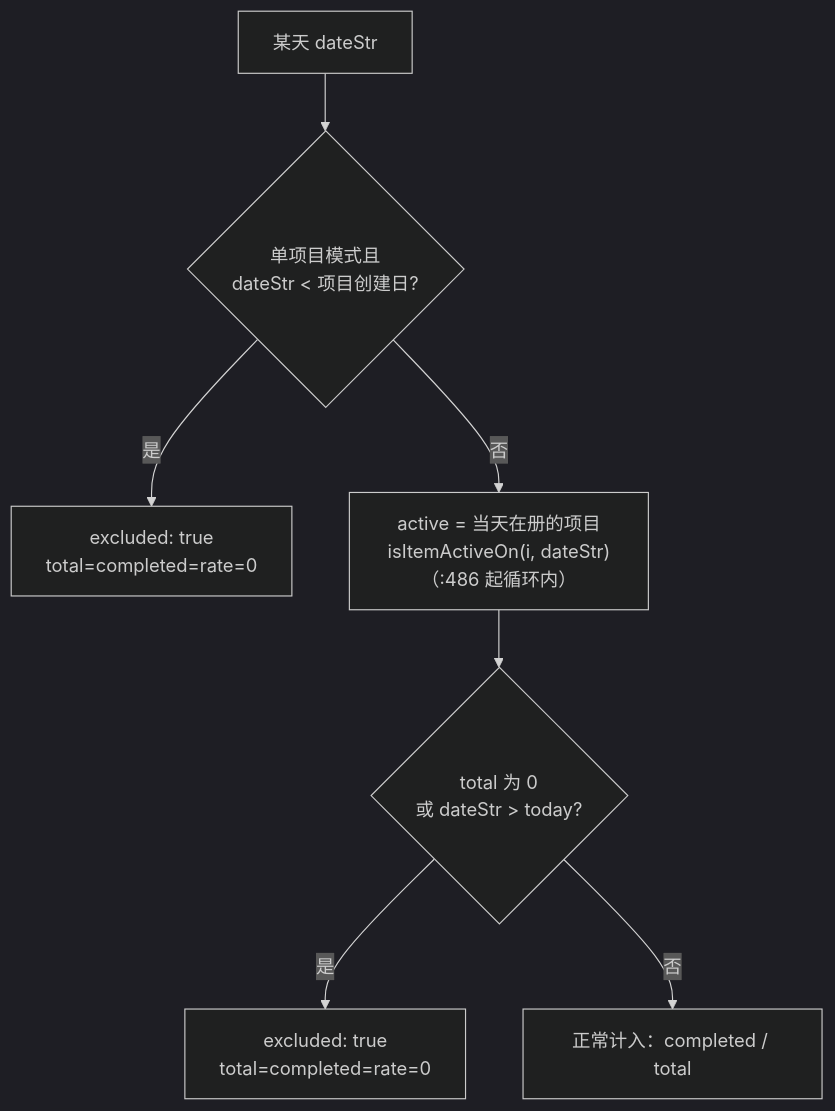
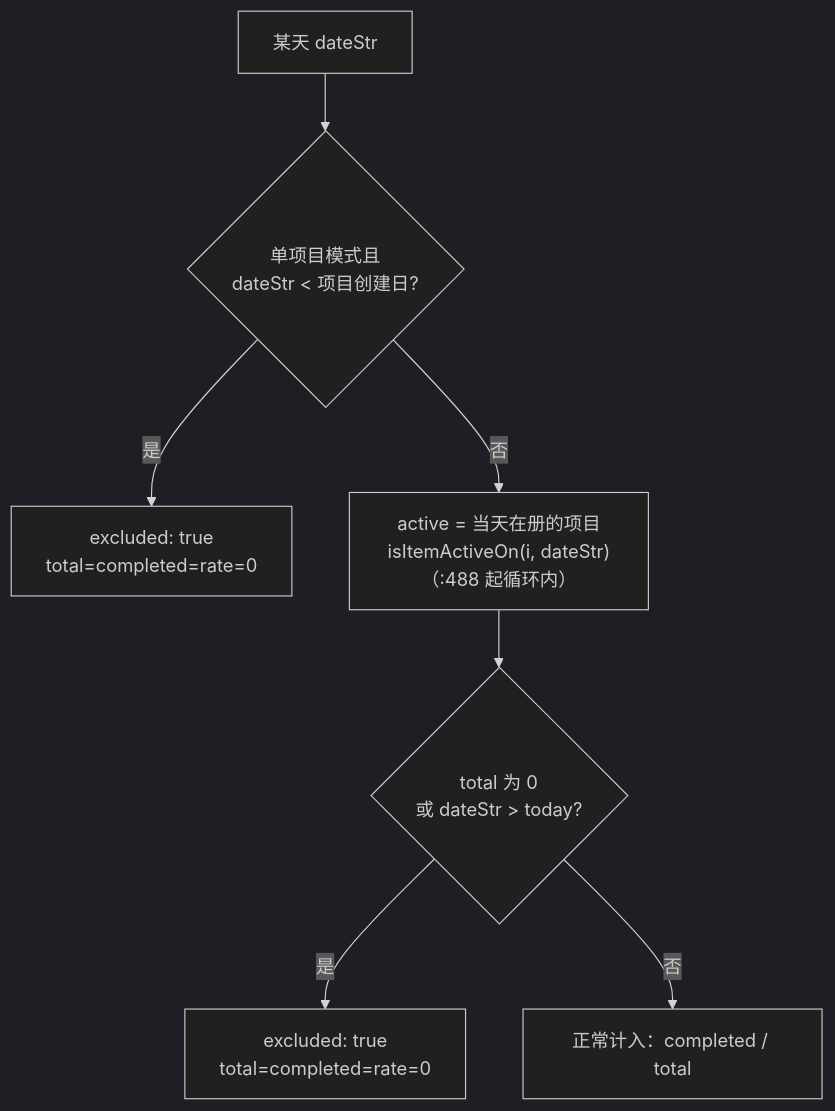
Before and after one commit to seanwang222/DayMark: the diagram in docs/architecture/stats.md, drawn with Mermaid (dark theme). The commit also changed other lines of this file and 7 other files, not shown here.

````diff
--- a/docs/architecture/stats.md
+++ b/docs/architecture/stats.md
@@ -11,9 +11,9 @@
 ```mermaid
 flowchart TD
   A[某天 dateStr] --> B{单项目模式且<br/>dateStr < 项目创建日?}
   B -- 是 --> E1["excluded: true<br/>total=completed=rate=0"]
-  B -- 否 --> C["active = 当天在册的项目<br/>isItemActiveOn(i, dateStr)（:486 起循环内）"]
+  B -- 否 --> C["active = 当天在册的项目<br/>isItemActiveOn(i, dateStr)（:488 起循环内）"]
   C --> D{total 为 0<br/>或 dateStr > today?}
   D -- 是 --> E2["excluded: true<br/>total=completed=rate=0"]
   D -- 否 --> F[正常计入：completed / total]
 ```
````
